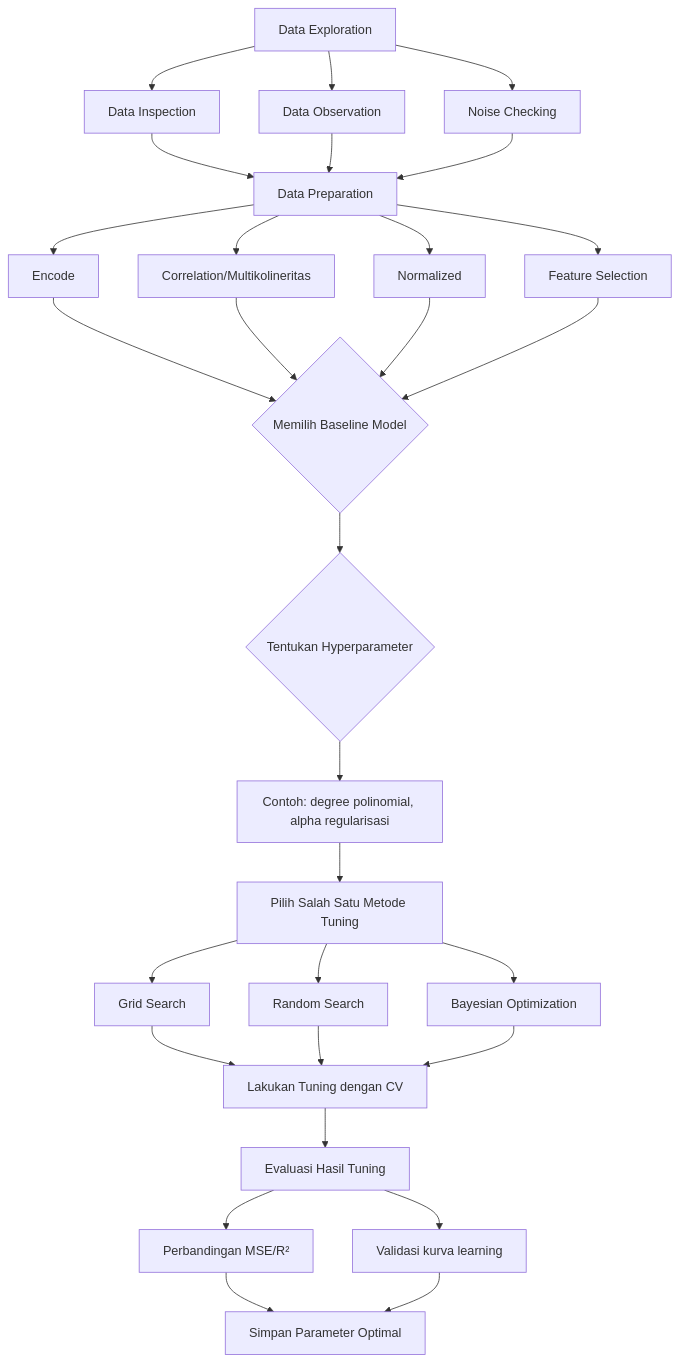
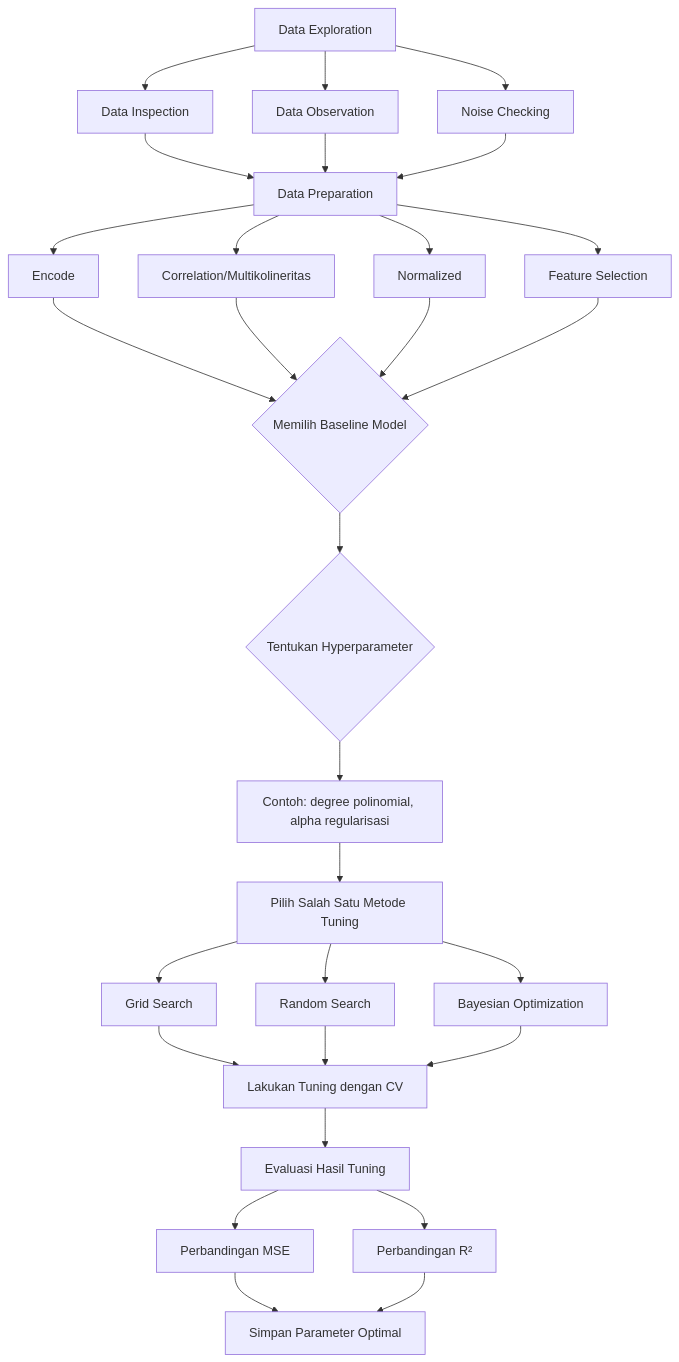
The third of 4 diagrams in README.md (AkbarArsanata/Analisis-Freelancer), drawn with Mermaid before and after one commit. The commit also changed other lines of this file, not shown here.

````diff
--- a/README.md
+++ b/README.md
@@ -169,39 +169,39 @@
 ```mermaid
 graph TB
 
    A[Data Exploration] --> A1[Data Inspection]
     A --> A2[Data Observation]
     A --> A3[Noise Checking]
     A1 --> B[Data Preparation]
     A2 --> B
     A3 --> B
 
     B --> C1[Encode]
     B --> C2[Correlation/Multikolineritas]
     B --> C3[Normalized]
     B --> C4[Feature Selection]
     
     C1 --> D{Memilih Baseline Model}
     C2 --> D
     C3 --> D
     C4 --> D
 
     D --> E{Tentukan Hyperparameter}
     E --> E1[Contoh: degree polinomial, alpha regularisasi]
     
     E1 --> F[Pilih Salah Satu Metode Tuning]
     F --> F1[Grid Search]
     F --> F2[Random Search]
     F --> F3[Bayesian Optimization]
     
     F1 --> G[Lakukan Tuning dengan CV]
     F2 --> G
     F3 --> G
     
     G --> H[Evaluasi Hasil Tuning]
-    H --> H1[Perbandingan MSE/R²]
-    H --> H2[Validasi kurva learning]
+    H --> H1[Perbandingan MSE]
+    H --> H2[Perbandingan R²]
     
     H1 --> I[Simpan Parameter Optimal]
     H2 --> I
 ```
````
